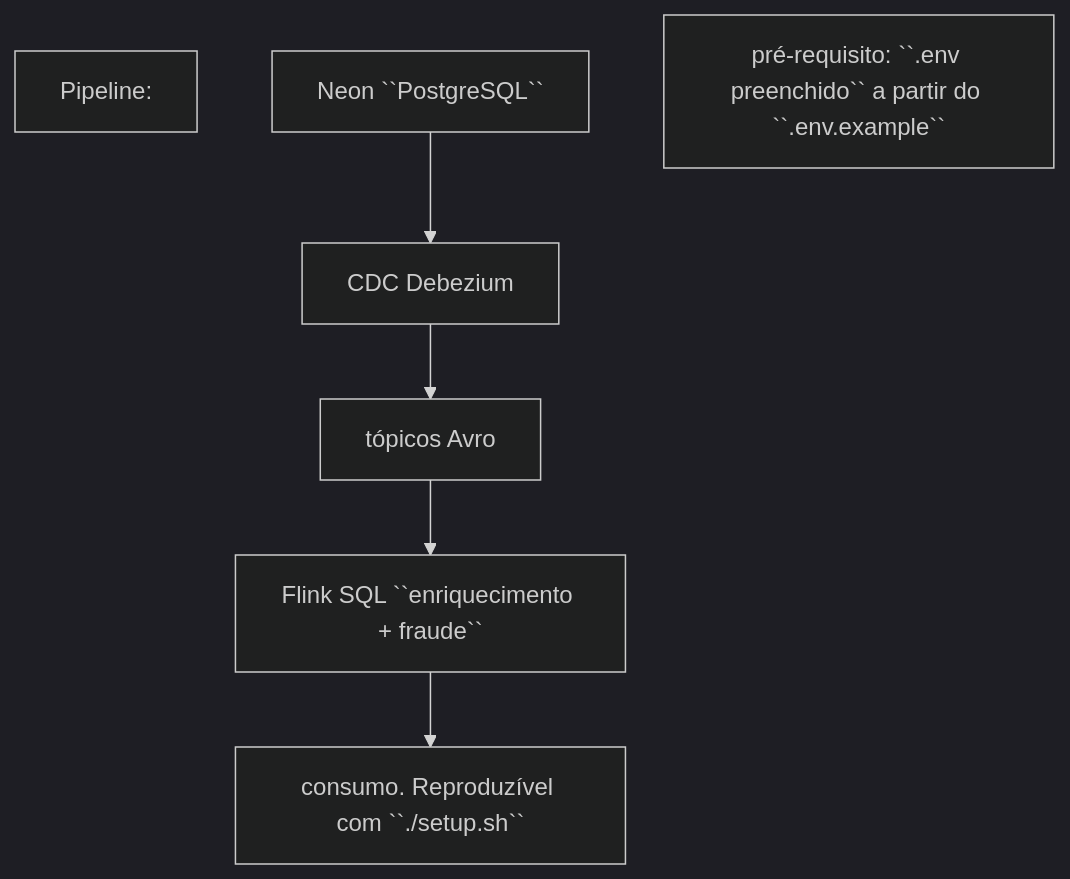
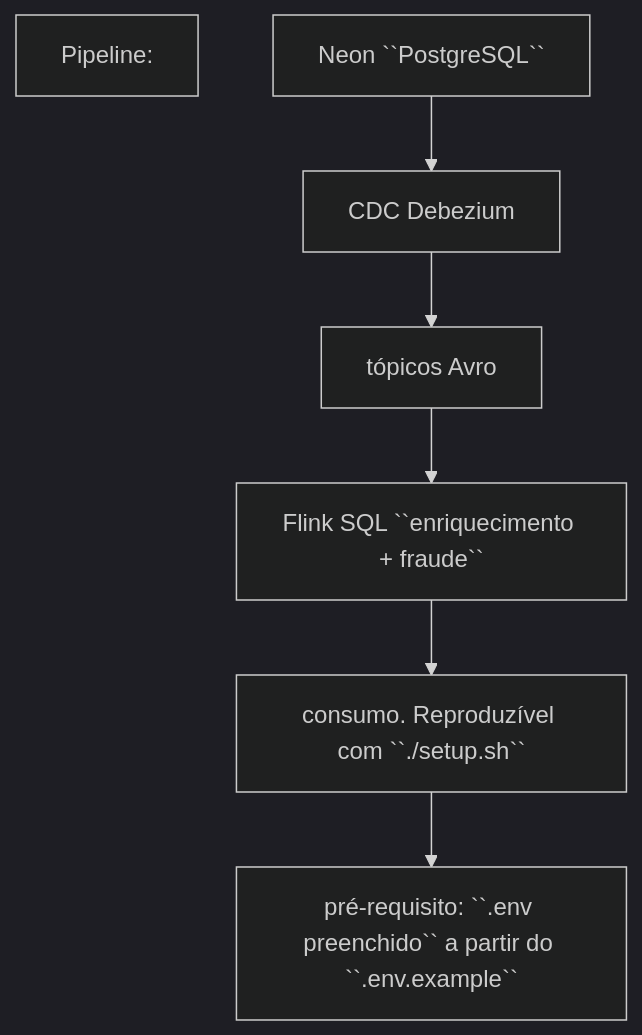
One commit to LipeR2/Projeto-Criando-um-Pipeline-End-to-End-de-pagamento-pelo-IBM-Clonfuent-Cloud changed the diagram in README.md. Above: the diagram before and after it, drawn with Mermaid (dark theme).

Commit message:
Fix flow order in README.md diagram

````diff
--- a/README.md
+++ b/README.md
@@ -30,9 +30,9 @@
 ```mermaid
 flowchart TD
     A[Pipeline:]
     B[Neon ``PostgreSQL``] --> C[CDC Debezium]
     C[CDC Debezium] --> D[tópicos Avro]
     D[tópicos Avro] --> E[Flink SQL ``enriquecimento + fraude``]
     E[Flink SQL ``enriquecimento + fraude``] --> F[consumo. Reproduzível com ``./setup.sh``]
-    G[pré-requisito: ``.env preenchido`` a partir do ``.env.example``]   
+    F[consumo. Reproduzível com ``./setup.sh``] --> G[pré-requisito: ``.env preenchido`` a partir do ``.env.example``]   
 ```
````
